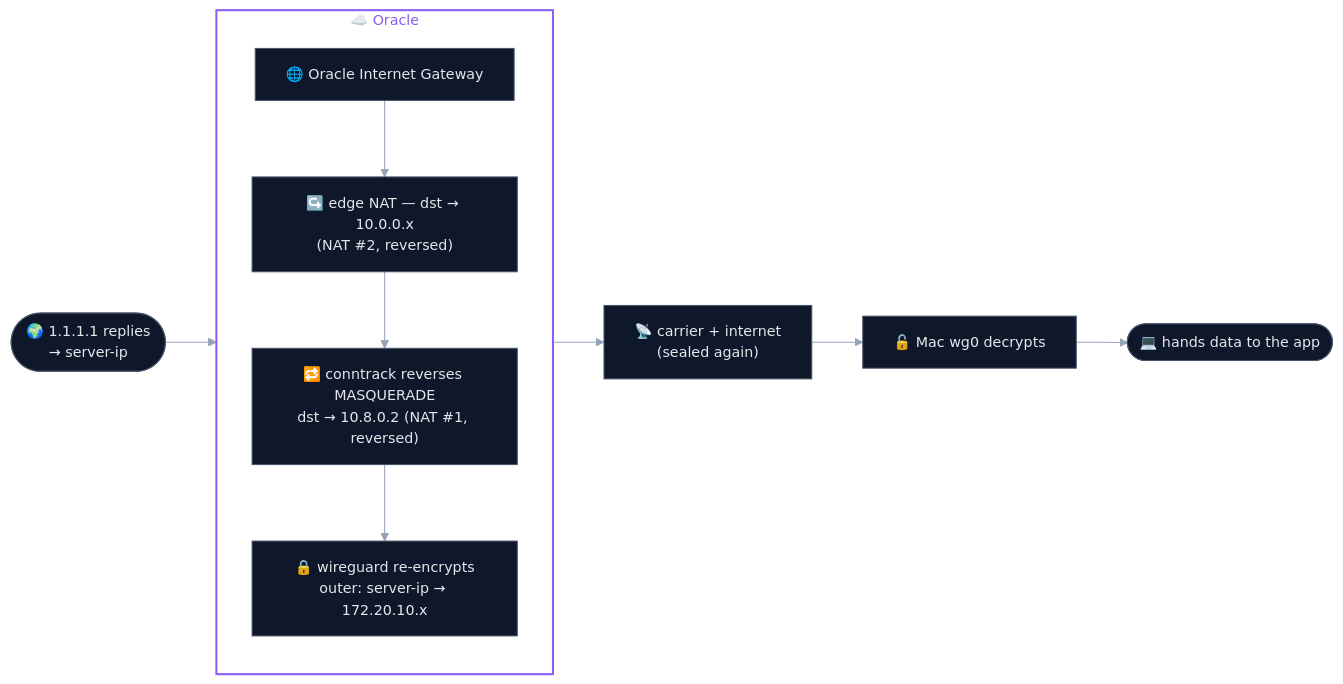
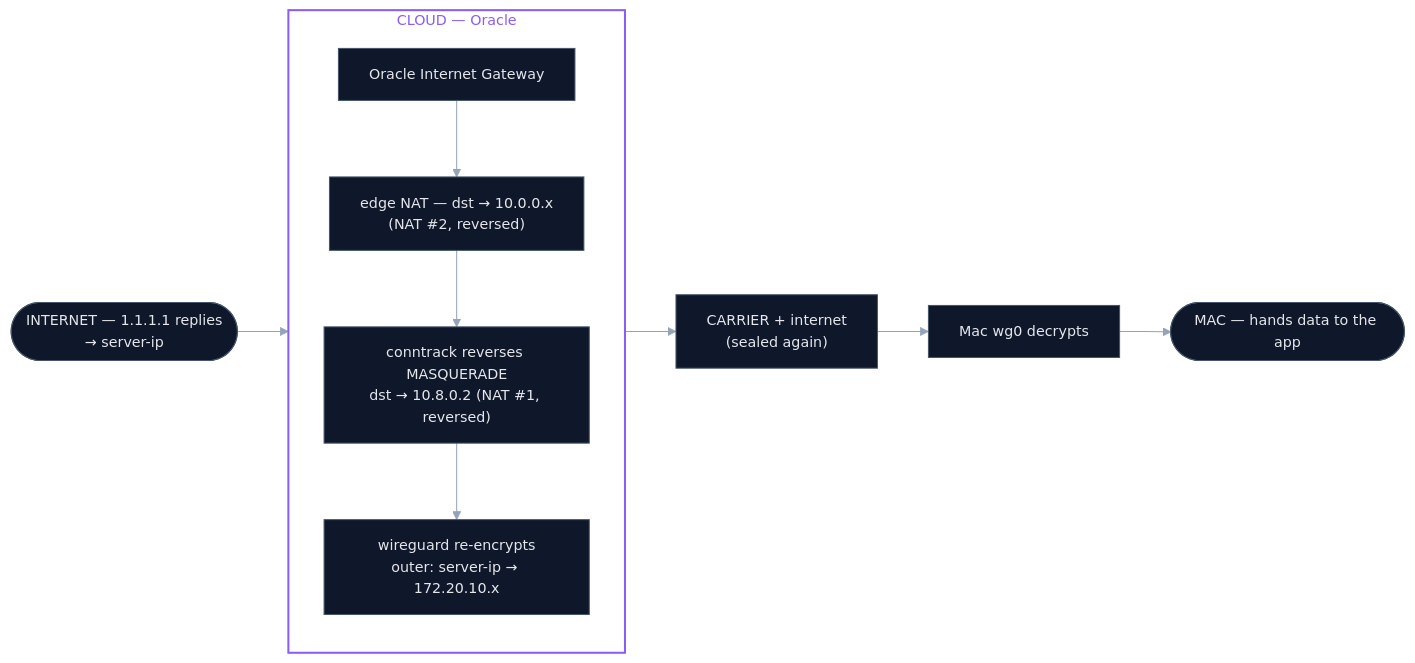
Before and after one commit to codereyinish/ColdVPN: the second of 2 diagrams in client/ARCHITECTURE.md, drawn with Mermaid. The commit also changed other lines of this file and 1 other file, not shown here.

Commit message:
Diagrams: plain names (CARRIER/CLOUD/VM/INTERNET) instead of emoji

````diff
--- a/client/ARCHITECTURE.md
+++ b/client/ARCHITECTURE.md
@@ -75,18 +75,18 @@
 ```mermaid
 %%{init: {'theme':'base','themeVariables':{'primaryColor':'#0f172a','primaryTextColor':'#e5e7eb','primaryBorderColor':'#475569','lineColor':'#94a3b8','fontSize':'14px'}}}%%
 flowchart LR
-    Net(["🌍 1.1.1.1 replies<br/>→ server-ip"]) --> IGW["🌐 Oracle Internet Gateway"]
+    Net(["INTERNET — 1.1.1.1 replies<br/>→ server-ip"]) --> IGW["Oracle Internet Gateway"]
 
-    subgraph ORACLE["☁️ Oracle"]
+    subgraph ORACLE["CLOUD — Oracle"]
         direction TB
-        IGW --> E2["↪️ edge NAT — dst → 10.0.0.x<br/>(NAT #2, reversed)"]
-        E2 --> CT["🔁 conntrack reverses MASQUERADE<br/>dst → 10.8.0.2 (NAT #1, reversed)"]
-        CT --> ENC["🔒 wireguard re-encrypts<br/>outer: server-ip → 172.20.10.x"]
+        IGW --> E2["edge NAT — dst → 10.0.0.x<br/>(NAT #2, reversed)"]
+        E2 --> CT["conntrack reverses MASQUERADE<br/>dst → 10.8.0.2 (NAT #1, reversed)"]
+        CT --> ENC["wireguard re-encrypts<br/>outer: server-ip → 172.20.10.x"]
     end
 
-    ENC --> ATT["📡 carrier + internet<br/>(sealed again)"]
-    ATT --> WG["🔓 Mac wg0 decrypts"]
-    WG --> App(["💻 hands data to the app"])
+    ENC --> ATT["CARRIER + internet<br/>(sealed again)"]
+    ATT --> WG["Mac wg0 decrypts"]
+    WG --> App(["MAC — hands data to the app"])
 
     style ORACLE fill:none,stroke:#8b5cf6,stroke-width:2px,color:#8b5cf6
 ```
````
